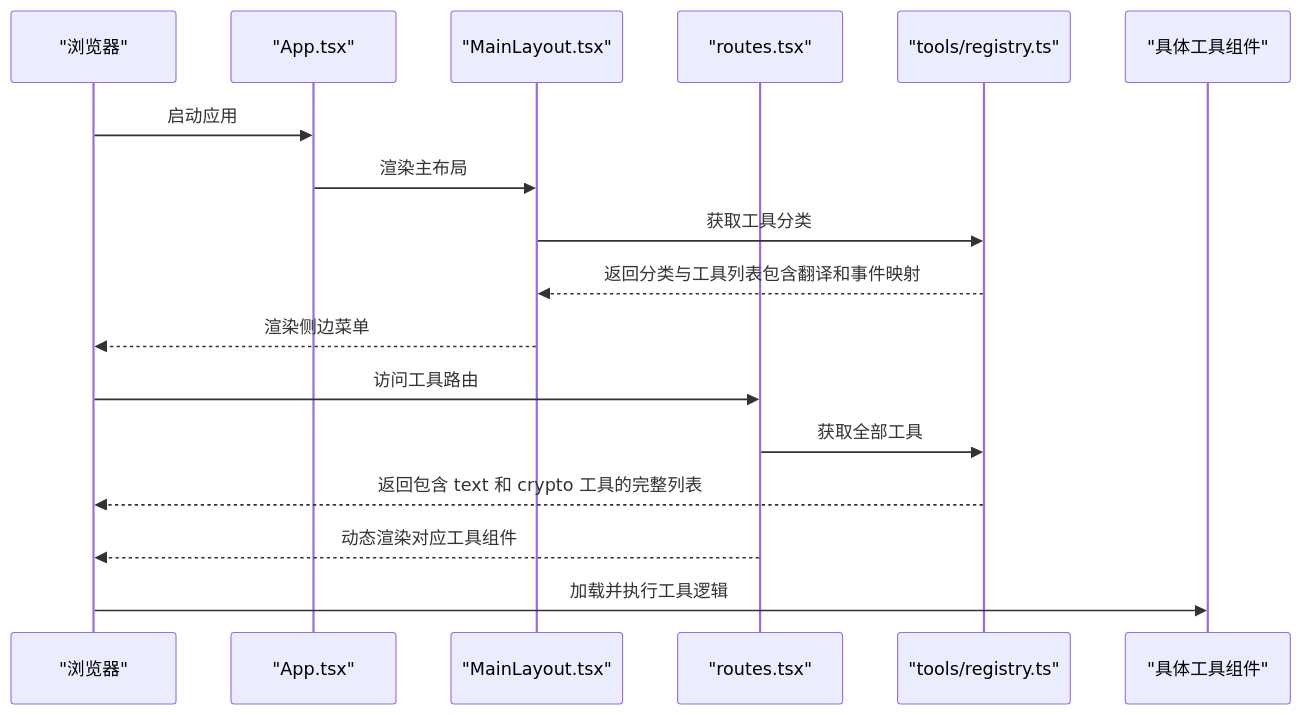
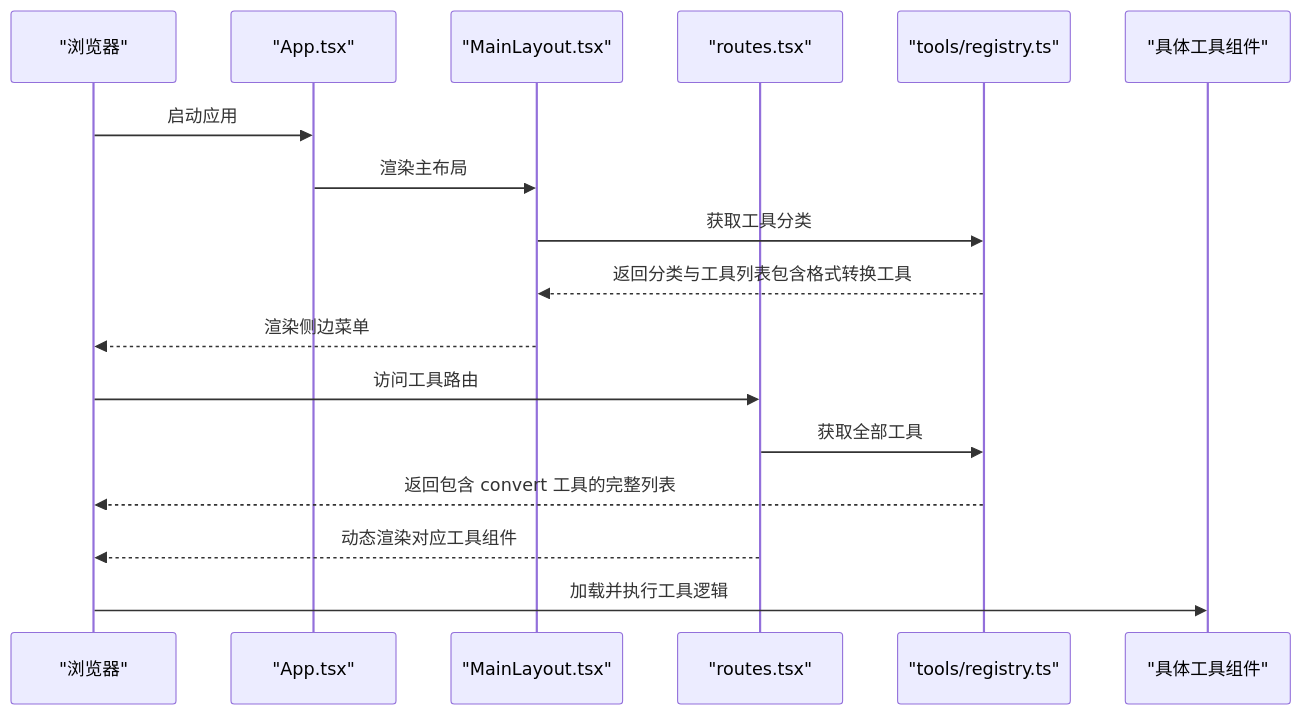
One commit to xkdaq/XKUtil changed the second of 11 diagrams in .qoder/repowiki/zh/content/工具系统/工具系统.md. Above: the diagram before and after it, drawn with Mermaid. The commit also changed other lines of this file and 3 other files, not shown here.

````diff
--- a/.qoder/repowiki/zh/content/工具系统/工具系统.md
+++ b/.qoder/repowiki/zh/content/工具系统/工具系统.md
@@ -197,19 +212,19 @@
 ```mermaid
 sequenceDiagram
 participant Browser as "浏览器"
 participant App as "App.tsx"
 participant Layout as "MainLayout.tsx"
 participant Routes as "routes.tsx"
 participant Registry as "tools/registry.ts"
 participant Tool as "具体工具组件"
 Browser->>App : 启动应用
 App->>Layout : 渲染主布局
 Layout->>Registry : 获取工具分类
-Registry-->>Layout : 返回分类与工具列表包含翻译和事件映射
+Registry-->>Layout : 返回分类与工具列表包含格式转换工具
 Layout-->>Browser : 渲染侧边菜单
 Browser->>Routes : 访问工具路由
 Routes->>Registry : 获取全部工具
-Registry-->>Browser : 返回包含 text 和 crypto 工具的完整列表
+Registry-->>Browser : 返回包含 convert 工具的完整列表
 Routes-->>Browser : 动态渲染对应工具组件
 Browser->>Tool : 加载并执行工具逻辑
 ```
````
